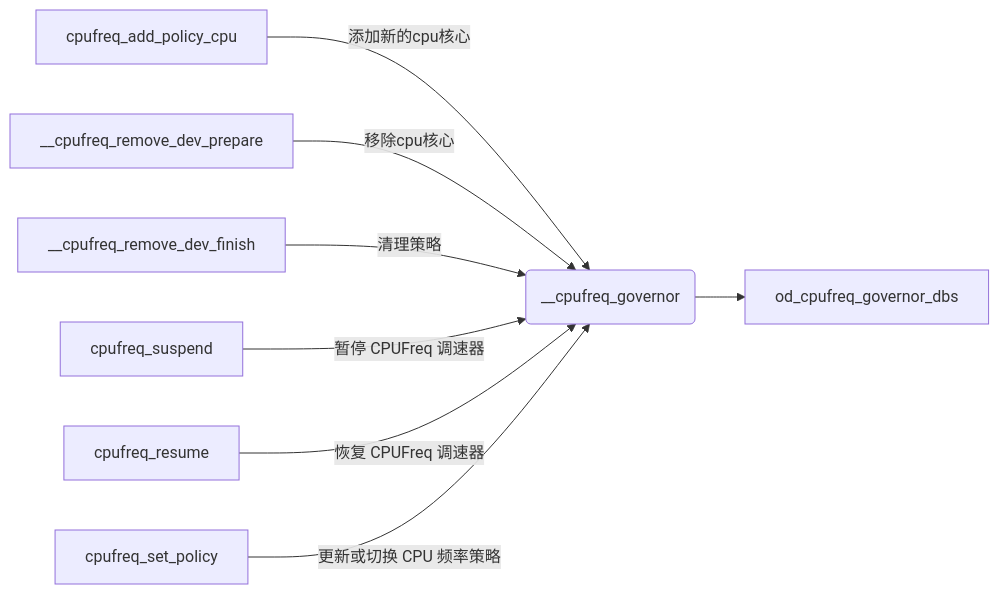
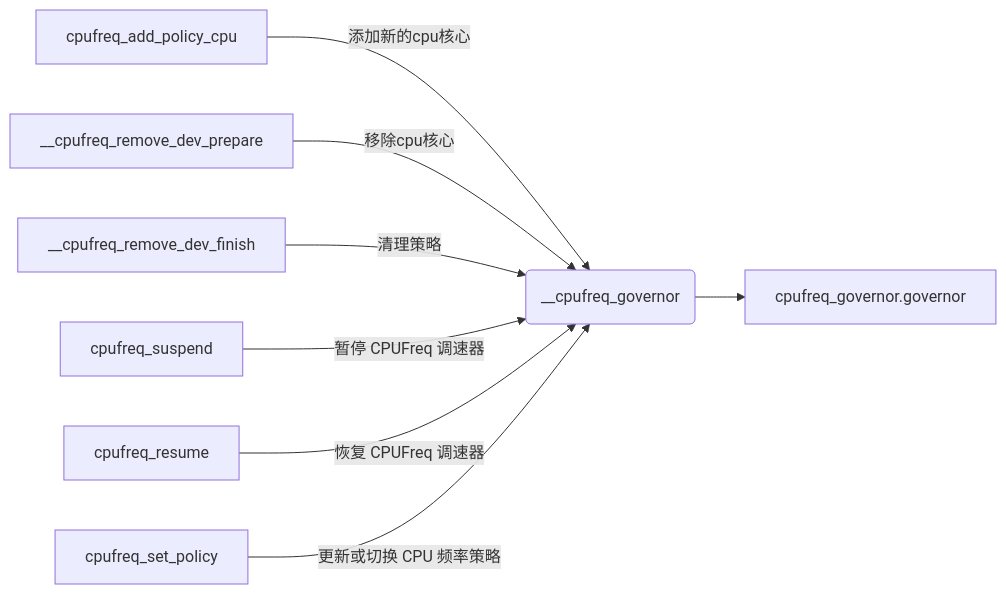
One commit to AAAwlx/note changed the fourth of 9 diagrams in OS/设备/能耗管理/cpu调频子系统.md. Above: the diagram before and after it, drawn with Mermaid. The commit also changed other lines of this file, not shown here.

````diff
--- a/OS/设备/能耗管理/cpu调频子系统.md
+++ b/OS/设备/能耗管理/cpu调频子系统.md
@@ -436,10 +467,10 @@
 ```mermaid
 graph LR
     A[cpufreq_add_policy_cpu] -->| 添加新的cpu核心 | B(__cpufreq_governor)
 	 c[__cpufreq_remove_dev_prepare]-->| 移除cpu核心 | B(__cpufreq_governor)
 	 d[__cpufreq_remove_dev_finish]-->| 清理策略 | B(__cpufreq_governor)
 	 e[cpufreq_suspend]-->| 暂停 CPUFreq 调速器 | B(__cpufreq_governor)
 	 f[cpufreq_resume]-->| 恢复 CPUFreq 调速器 | B(__cpufreq_governor)
 	  g[cpufreq_set_policy]-->| 更新或切换 CPU 频率策略 | B(__cpufreq_governor)
-    B --> H[od_cpufreq_governor_dbs]
+    B --> H[cpufreq_governor.governor]
 ```
````
